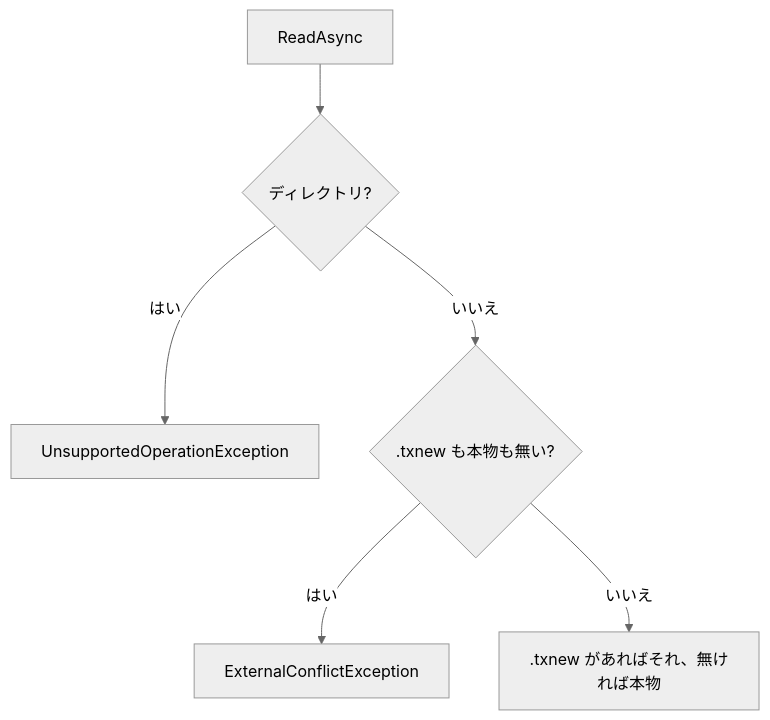
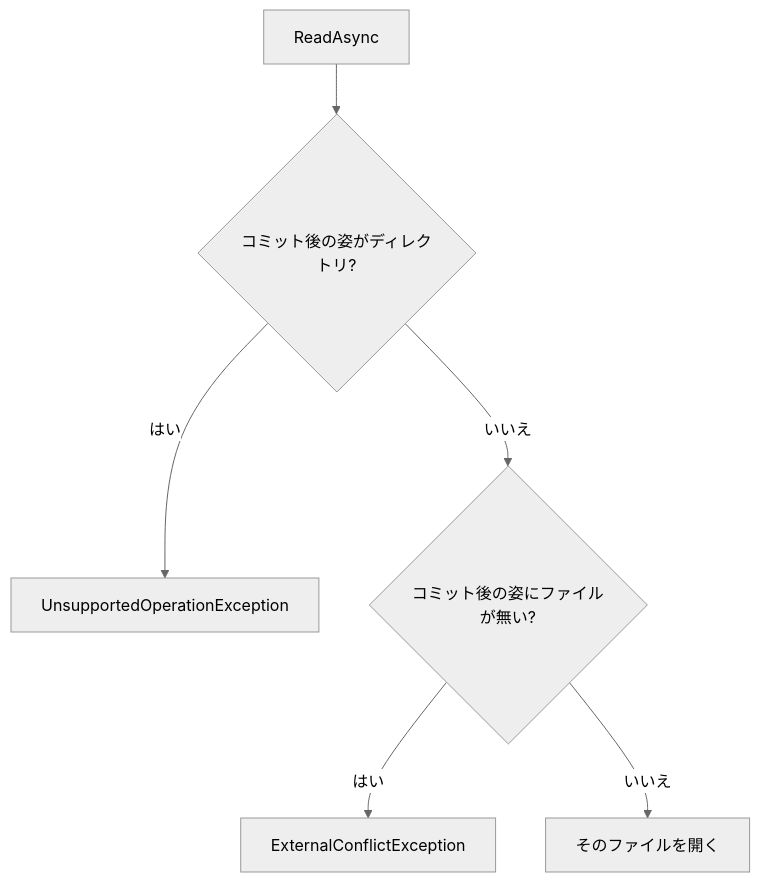
The sixth of 15 diagrams in README.md (YUKIKEDA/Txfio), drawn with Mermaid (neutral theme) before and after one commit. The commit also changed other lines of this file and 12 other files, not shown here.

````diff
--- a/README.md
+++ b/README.md
@@ -243,8 +244,8 @@
 ```mermaid
 flowchart TD
-  read["ReadAsync"] --> dir{"ディレクトリ?"}
+  read["ReadAsync"] --> dir{"コミット後の姿がディレクトリ?"}
   dir -->|はい| uns["UnsupportedOperationException"]
-  dir -->|いいえ| bytes{".txnew も本物も無い?"}
+  dir -->|いいえ| bytes{"コミット後の姿にファイルが無い?"}
   bytes -->|はい| ext["ExternalConflictException"]
-  bytes -->|いいえ| ok[".txnew があればそれ、無ければ本物"]
+  bytes -->|いいえ| ok["そのファイルを開く"]
 ```
````
